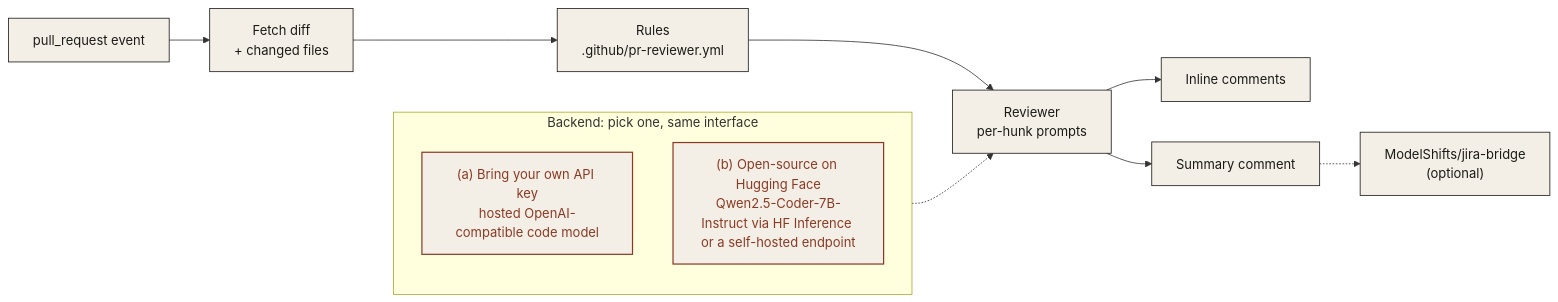
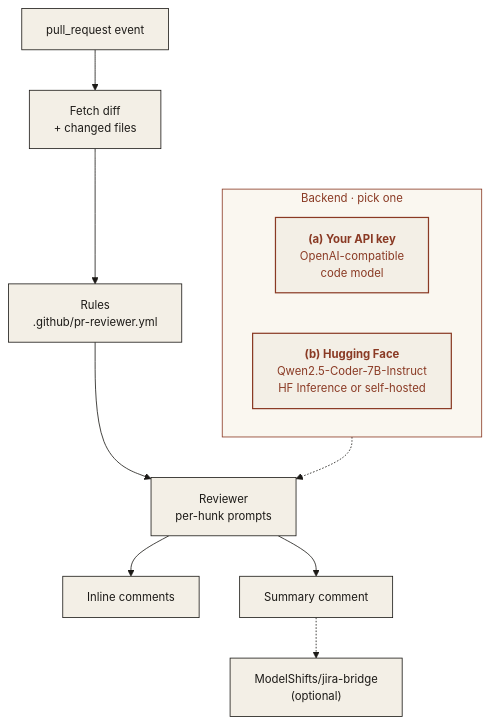
One commit to ModelShifts/pr-reviewer changed the diagram in README.md. Above: the diagram before and after it, drawn with Mermaid.

Commit message:
Tidy architecture diagram layout and theme

````diff
--- a/README.md
+++ b/README.md
@@ -25,18 +25,20 @@
 ```mermaid
-flowchart LR
+%%{init: {"theme":"base","flowchart":{"curve":"basis","wrappingWidth":260},"themeVariables":{"fontFamily":"Georgia, Times New Roman, serif","fontSize":"14px","primaryColor":"#f3efe6","primaryTextColor":"#1c1a17","primaryBorderColor":"#1c1a17","lineColor":"#1c1a17","clusterBkg":"#faf7f0","clusterBorder":"#8a3a24","titleColor":"#8a3a24","edgeLabelBackground":"#f3efe6"}}}%%
+flowchart TB
   E["pull_request event"]:::ink --> D["Fetch diff<br/>+ changed files"]:::ink
   D --> R["Rules<br/>.github/pr-reviewer.yml"]:::ink
   R --> V["Reviewer<br/>per-hunk prompts"]:::ink
   V --> I["Inline comments"]:::ink
   V --> S["Summary comment"]:::ink
   S -.-> J["ModelShifts/jira-bridge<br/>(optional)"]:::ink
-  subgraph BK["Backend: pick one, same interface"]
-    direction TB
-    A["(a) Bring your own API key<br/>hosted OpenAI-compatible code model"]:::rust
-    H["(b) Open-source on Hugging Face<br/>Qwen2.5-Coder-7B-Instruct via HF Inference or a self-hosted endpoint"]:::rust
+  subgraph BK["Backend · pick one"]
+    direction LR
+    A["<b>(a) Your API key</b><br/>OpenAI-compatible<br/>code model"]:::rust
+    H["<b>(b) Hugging Face</b><br/>Qwen2.5-Coder-7B-Instruct<br/>HF Inference or self-hosted"]:::rust
   end
   BK -.-> V
 
+  classDef cl fill:#faf7f0,stroke:#8a3a24,stroke-dasharray:4 3,color:#8a3a24;
   classDef ink fill:#f3efe6,stroke:#1c1a17,color:#1c1a17,stroke-width:1px;
   classDef rust fill:#f3efe6,stroke:#8a3a24,color:#8a3a24,stroke-width:1.5px;
 ```
````
